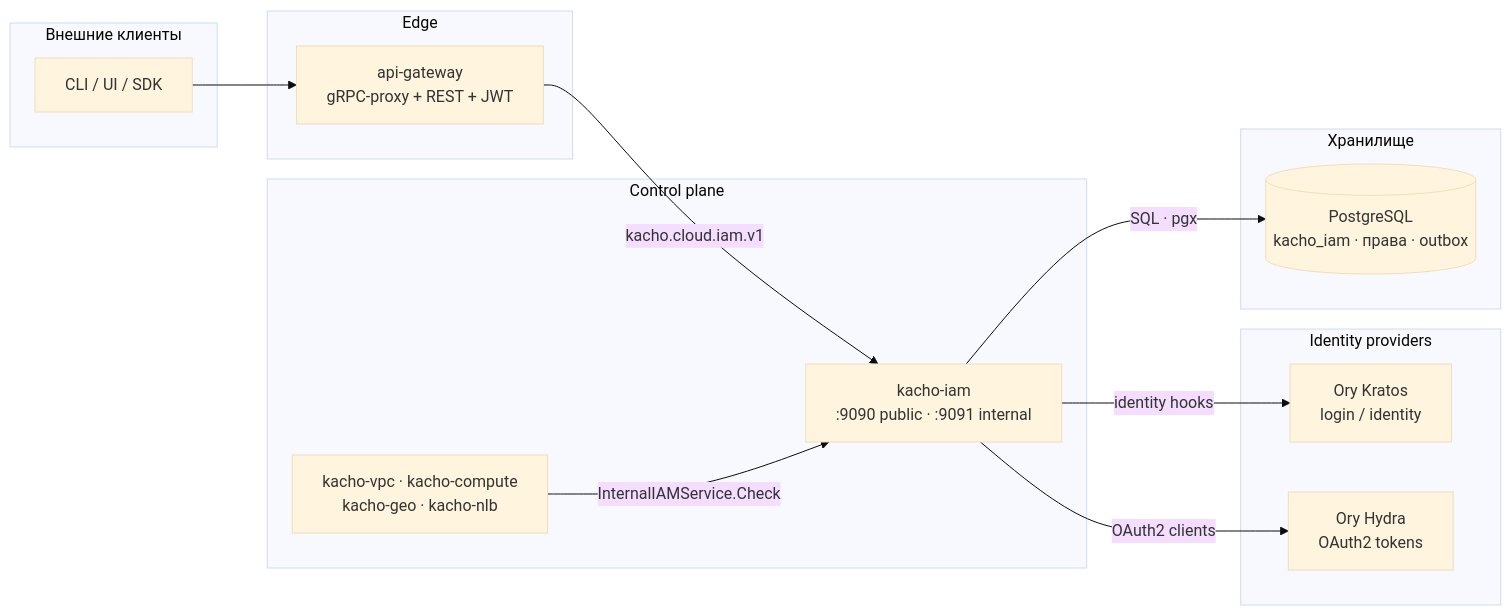
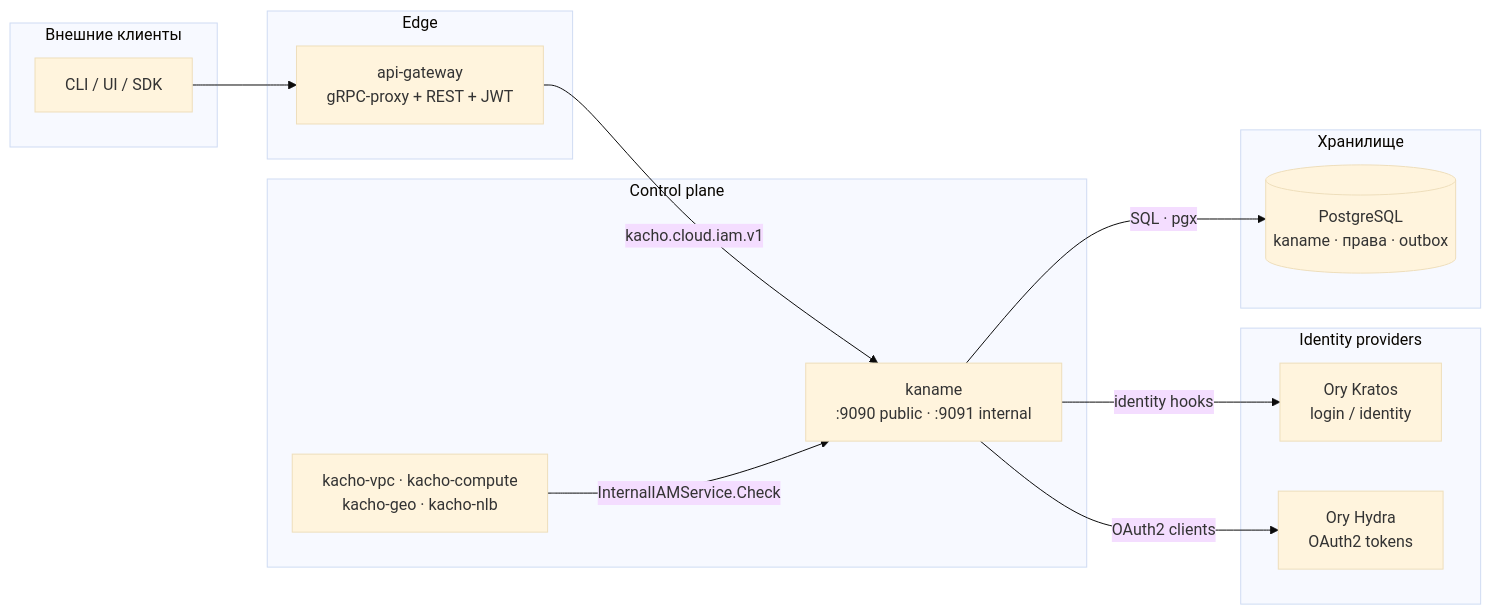
One commit to PRO-Robotech/kacho-iam changed the second of 2 diagrams in docs/content/intro.mdx. Above: the diagram before and after it, drawn with Mermaid (base theme). The commit also changed other lines of this file and 3123 other files, not shown here.

````diff
--- a/docs/content/intro.mdx
+++ b/docs/content/intro.mdx
@@ -127,27 +127,27 @@
 ```mermaid
 flowchart LR
   subgraph ext["Внешние клиенты"]
     cli["CLI / UI / SDK"]
   end
   subgraph edge["Edge"]
     agw["api-gateway<br/>gRPC-proxy + REST + JWT"]
   end
   subgraph cp["Control plane"]
-    iam["kacho-iam<br/>:9090 public · :9091 internal"]
+    iam["kaname<br/>:9090 public · :9091 internal"]
     peers["kacho-vpc · kacho-compute<br/>kacho-geo · kacho-nlb"]
   end
   subgraph idp["Identity providers"]
     kratos["Ory Kratos<br/>login / identity"]
     hydra["Ory Hydra<br/>OAuth2 tokens"]
   end
   subgraph store["Хранилище"]
-    pg[("PostgreSQL<br/>kacho_iam · права · outbox")]
+    pg[("PostgreSQL<br/>kaname · права · outbox")]
   end
 
   cli --> agw
   agw -->|"kacho.cloud.iam.v1"| iam
   iam -->|"SQL · pgx"| pg
   iam -->|"identity hooks"| kratos
   iam -->|"OAuth2 clients"| hydra
   peers -->|"InternalIAMService.Check"| iam
 ```
````
